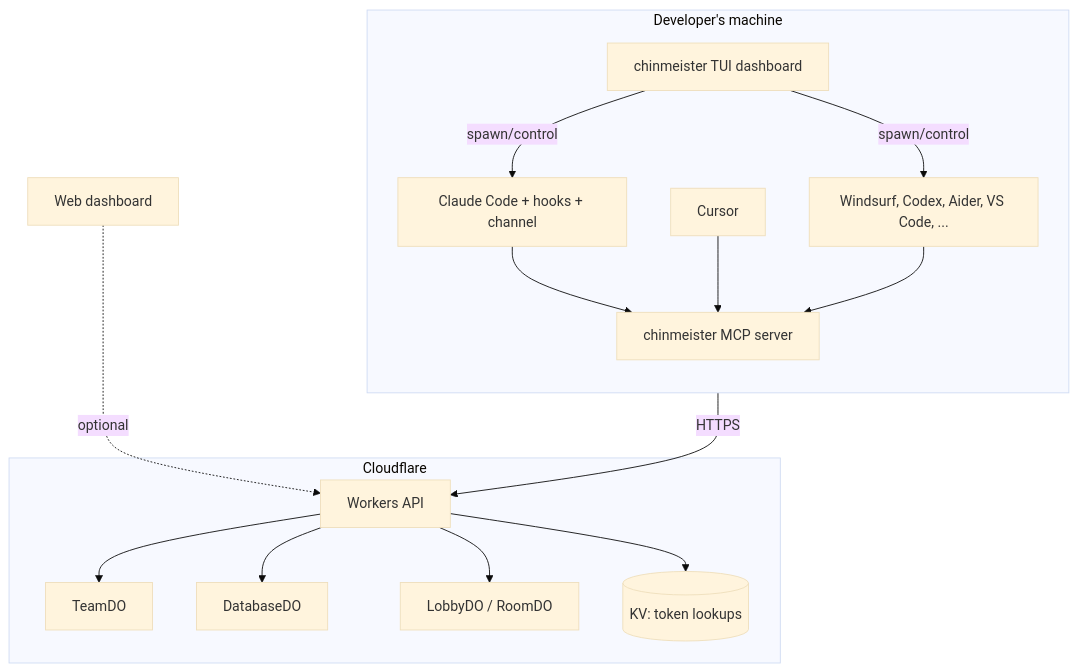
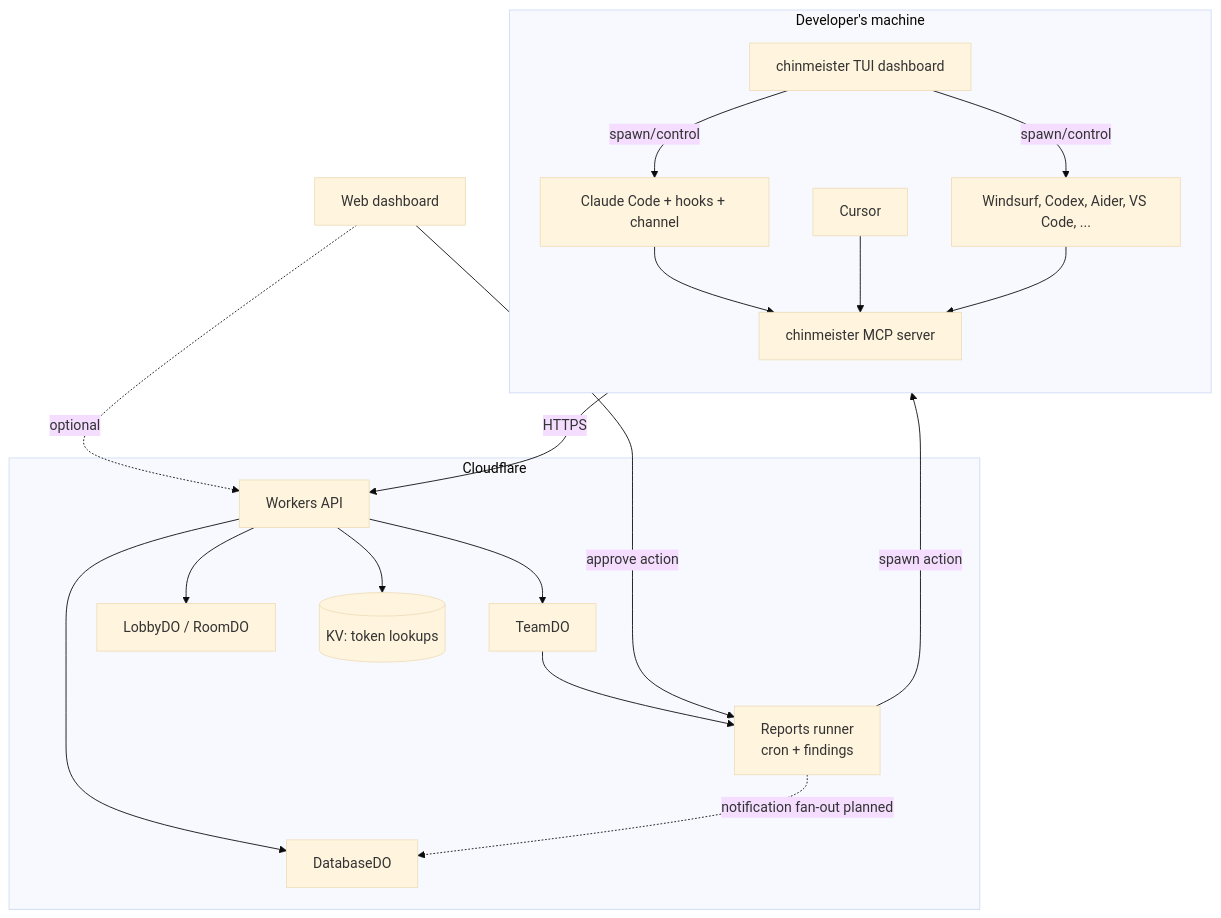
One commit to glendonC/chinwag changed the diagram in docs/ARCHITECTURE.md. Above: the diagram before and after it, drawn with Mermaid (base theme). The commit also changed other lines of this file and 2 other files, not shown here.

Commit message:
docs: thread the action loop and async horizon across vision, arch, roadmap

````diff
--- a/docs/ARCHITECTURE.md
+++ b/docs/ARCHITECTURE.md
@@ -17,32 +17,37 @@
 ```mermaid
 flowchart TB
   subgraph machine["Developer's machine"]
     direction TB
     TUI[chinmeister TUI dashboard]
     T1[Claude Code + hooks + channel]
     T2[Cursor]
     T3[Windsurf, Codex, Aider, VS Code, ...]
     MCP[chinmeister MCP server]
     TUI -->|spawn/control| T1
     TUI -->|spawn/control| T3
     T1 --> MCP
     T2 --> MCP
     T3 --> MCP
   end
 
   subgraph cloud["Cloudflare"]
     W[Workers API]
     TE[TeamDO]
     DB[DatabaseDO]
     LO[LobbyDO / RoomDO]
+    RPT[Reports runner<br/>cron + findings]
     KV[(KV: token lookups)]
     MCP -->|HTTPS| W
     W --> TE
     W --> DB
     W --> LO
     W --> KV
+    TE --> RPT
+    RPT -->|spawn action| MCP
+    RPT -.->|notification fan-out planned| DB
   end
 
   H[Web dashboard]
   H -.->|optional| W
+  H -->|approve action| RPT
 ```
````
